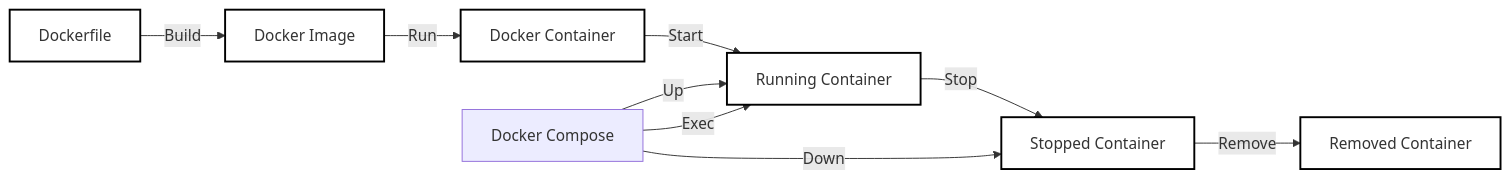
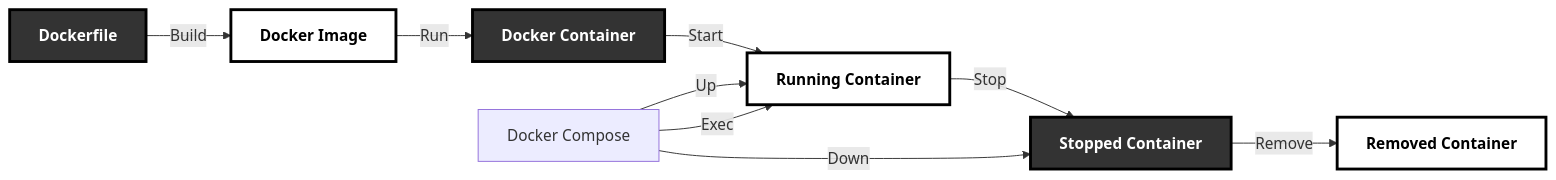
One commit to SoundMindsAI/ai_examples changed the third of 5 diagrams in An_LLM_Query_Understanding_Service/README.md. Above: the diagram before and after it, drawn with Mermaid. The commit also changed other lines of this file, not shown here.

Commit message:
Update Mermaid diagram styles with alternating dark/light theme

````diff
--- a/An_LLM_Query_Understanding_Service/README.md
+++ b/An_LLM_Query_Understanding_Service/README.md
@@ -154,19 +154,19 @@
 ```mermaid
 graph LR
     Dockerfile[Dockerfile] -->|Build| DockerImage[Docker Image]
     DockerImage -->|Run| DockerContainer[Docker Container]
     DockerContainer -->|Start| RunningContainer[Running Container]
     RunningContainer -->|Stop| StoppedContainer[Stopped Container]
     StoppedContainer -->|Remove| RemovedContainer[Removed Container]
     
     DockerCompose[Docker Compose] -->|Up| RunningContainer
     DockerCompose -->|Down| StoppedContainer
     DockerCompose -->|Exec| RunningContainer
     
-    style Dockerfile fill:white,stroke:black,stroke-width:2px
-    style DockerImage fill:white,stroke:black,stroke-width:2px
-    style DockerContainer fill:white,stroke:black,stroke-width:2px
-    style RunningContainer fill:white,stroke:black,stroke-width:2px
-    style StoppedContainer fill:white,stroke:black,stroke-width:2px
-    style RemovedContainer fill:white,stroke:black,stroke-width:2px
+    style Dockerfile fill:#333,stroke:#000,stroke-width:3px,color:#fff,font-weight:bold
+    style DockerImage fill:white,stroke:#000,stroke-width:3px,color:#000,font-weight:bold
+    style DockerContainer fill:#333,stroke:#000,stroke-width:3px,color:#fff,font-weight:bold
+    style RunningContainer fill:white,stroke:#000,stroke-width:3px,color:#000,font-weight:bold
+    style StoppedContainer fill:#333,stroke:#000,stroke-width:3px,color:#fff,font-weight:bold
+    style RemovedContainer fill:white,stroke:#000,stroke-width:3px,color:#000,font-weight:bold
 ```
````
